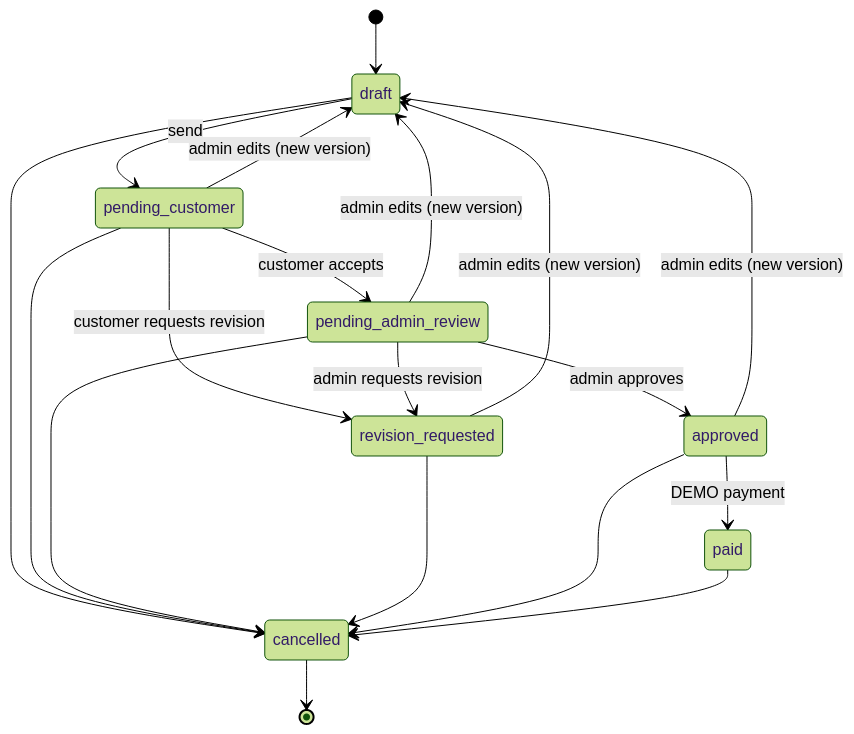
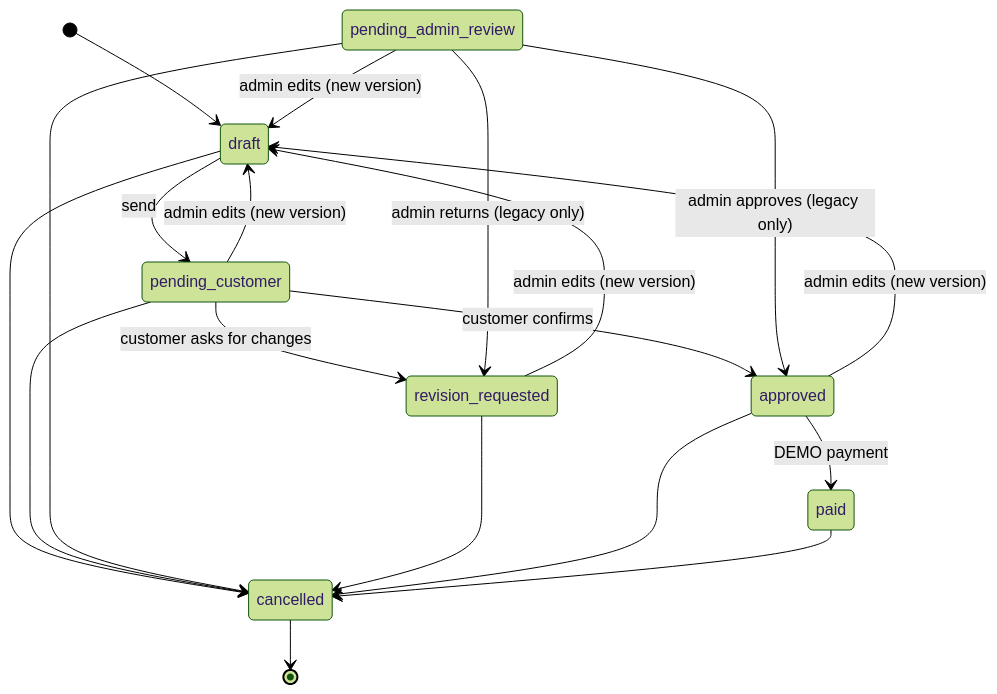
One commit to newn26/drive-dee changed the third of 6 diagrams in README.md. Above: the diagram before and after it, drawn with Mermaid (forest theme). The commit also changed other lines of this file, not shown here.

First line of the commit message:
README: describe the current booking-fee flow, receipt and ID/licence rule

````diff
--- a/README.md
+++ b/README.md
@@ -212,21 +249,21 @@
 ```mermaid
 stateDiagram-v2
   [*] --> draft
   draft --> pending_customer: send
-  pending_customer --> pending_admin_review: customer accepts
-  pending_customer --> revision_requested: customer requests revision
-  pending_admin_review --> approved: admin approves
-  pending_admin_review --> revision_requested: admin requests revision
+  pending_customer --> approved: customer confirms
+  pending_customer --> revision_requested: customer asks for changes
+  pending_admin_review --> approved: admin approves (legacy only)
+  pending_admin_review --> revision_requested: admin returns (legacy only)
   pending_customer --> draft: admin edits (new version)
   pending_admin_review --> draft: admin edits (new version)
   revision_requested --> draft: admin edits (new version)
   approved --> draft: admin edits (new version)
   approved --> paid: DEMO payment
   draft --> cancelled
   pending_customer --> cancelled
   pending_admin_review --> cancelled
   revision_requested --> cancelled
   approved --> cancelled
   paid --> cancelled
   cancelled --> [*]
 ```
````
